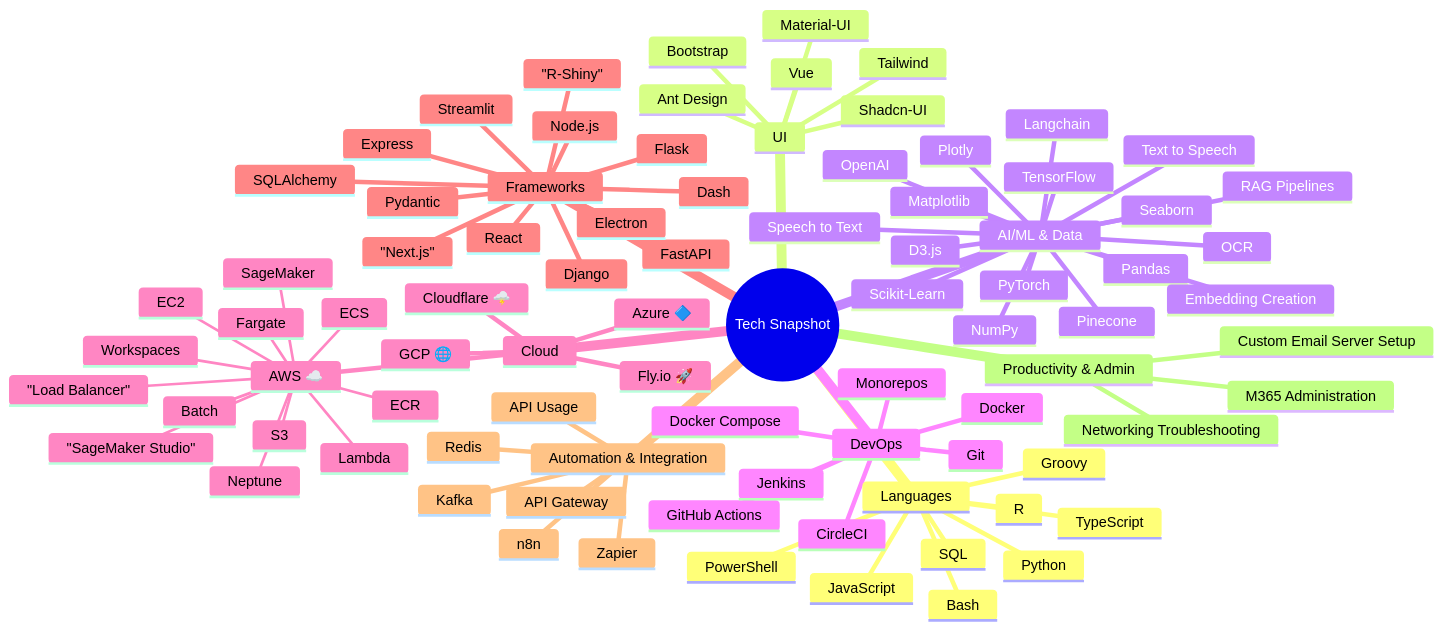
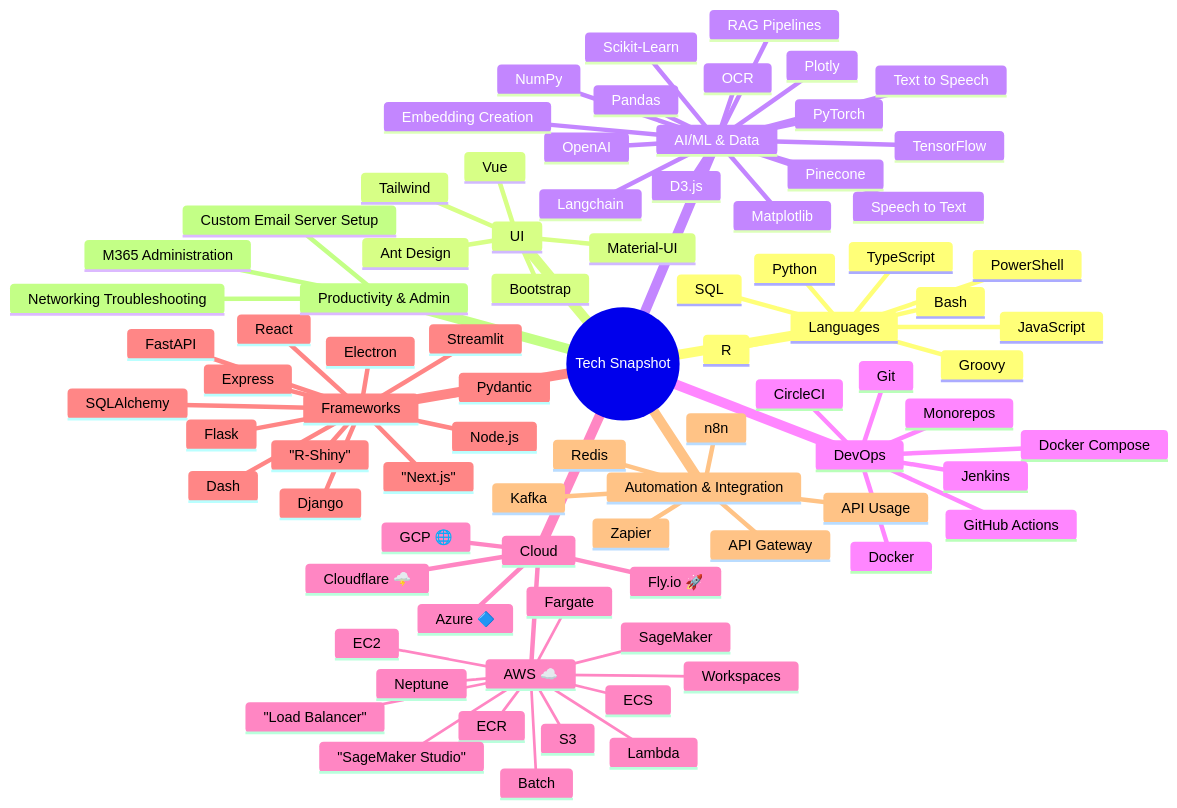
The diagram in README.md (Dlola/Dlola), drawn with Mermaid before and after one commit. The commit also changed other lines of this file, not shown here.

```diff
--- a/README.md
+++ b/README.md
@@ -64,7 +73,6 @@
       Bootstrap
       Material-UI
       Ant Design
-      Shadcn-UI
       Vue
     AI/ML & Data
       NumPy
@@ -74,7 +82,6 @@
       PyTorch
       Langchain
       Matplotlib
-      Seaborn
       Plotly
       D3.js
       OpenAI
```
